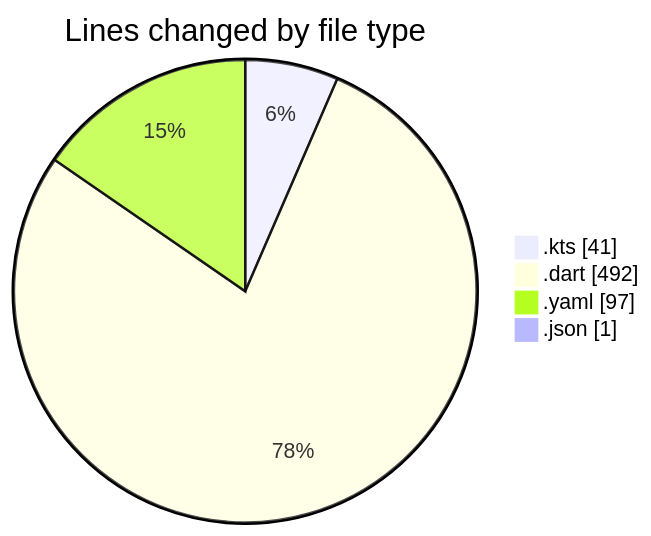
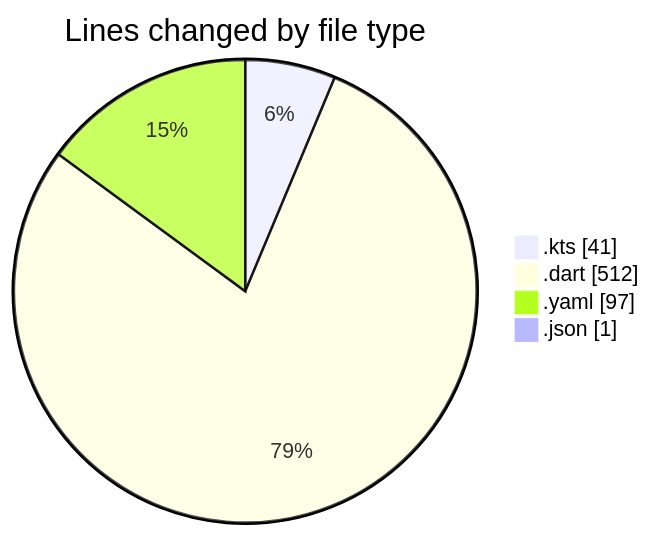
Before and after one commit to donsfak/code-tracking: the first of 2 diagrams in 2025-10-20/weather_insights_app/README.md, drawn with Mermaid. The commit also changed other lines of this file and 1 other file, not shown here.

````diff
--- a/2025-10-20/weather_insights_app/README.md
+++ b/2025-10-20/weather_insights_app/README.md
@@ -26,8 +26,8 @@
 ```mermaid
 pie showData
 title Lines changed by file type
 ".kts" : 41
-".dart" : 492
+".dart" : 512
 ".yaml" : 97
 ".json" : 1
 ```
````
